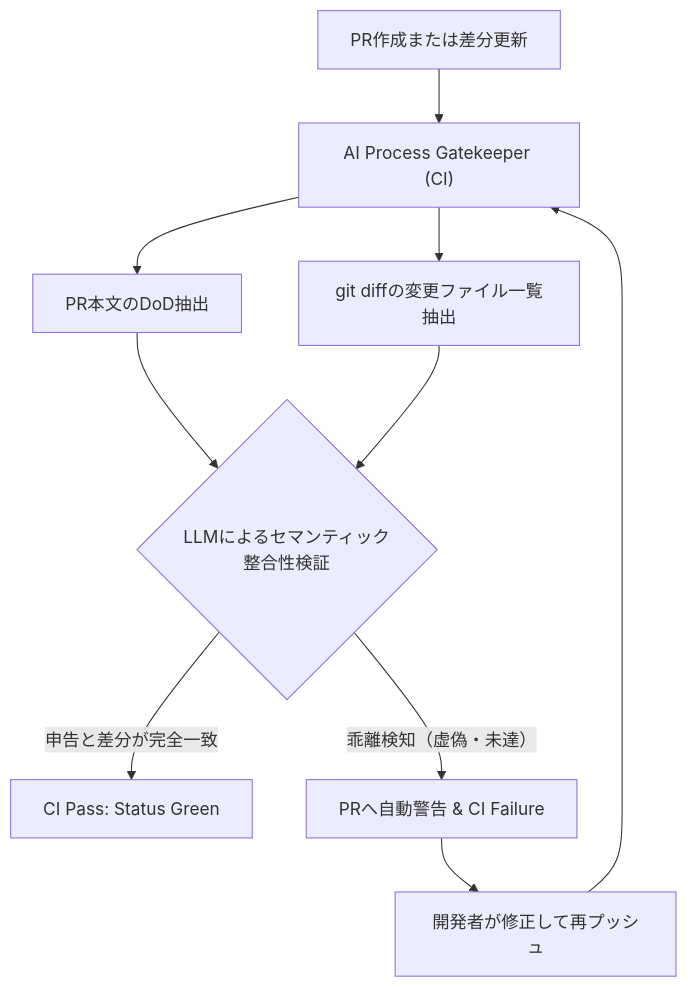
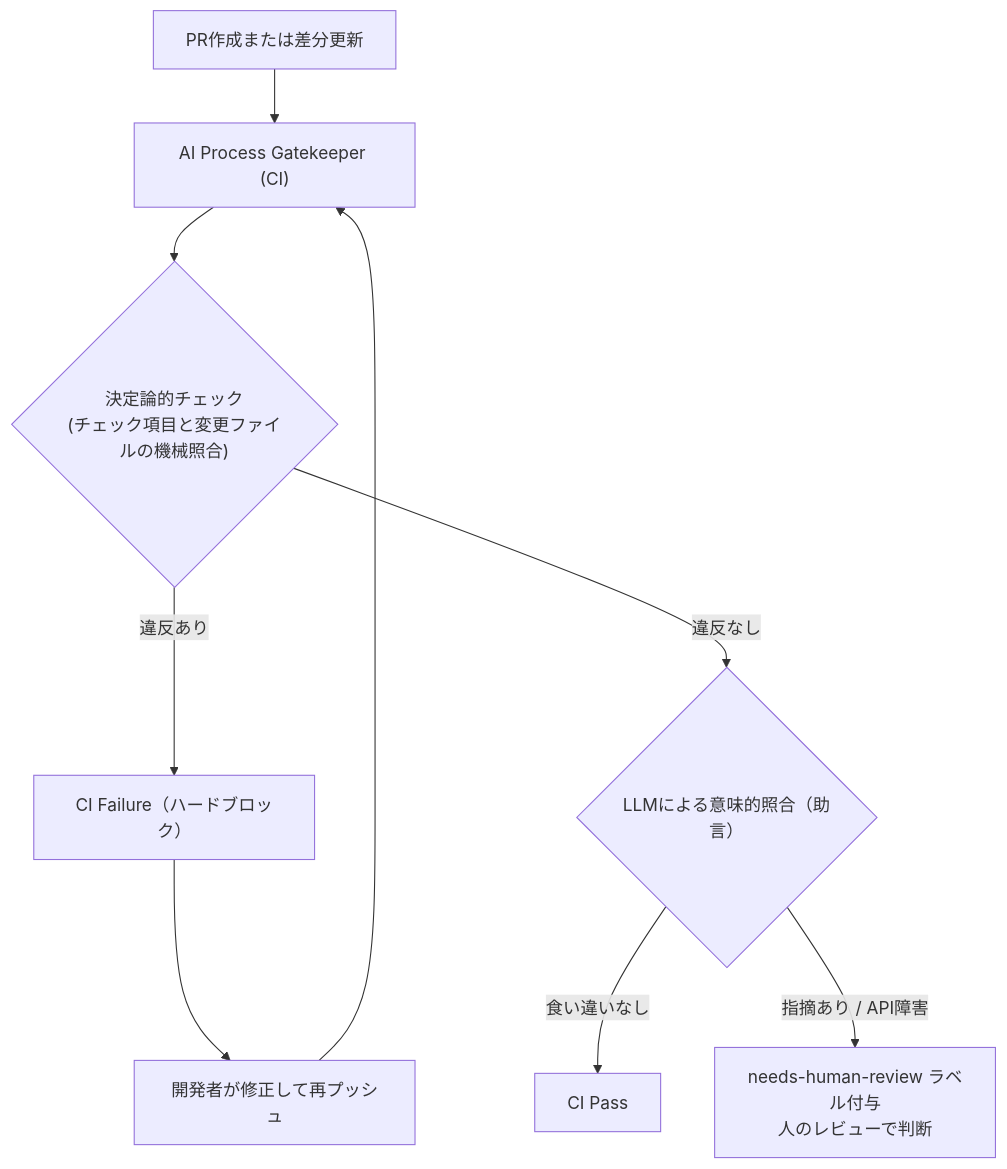
The third of 4 diagrams in manuscript/12_chapter12.md (AnaharaYasuo/product-quality-management-book), drawn with Mermaid before and after one commit. The commit also changed other lines of this file and 20 other files, not shown here.

````diff
--- a/manuscript/12_chapter12.md
+++ b/manuscript/12_chapter12.md
@@ -258,12 +260,13 @@
 ```mermaid
 flowchart TD
     A["PR作成または差分更新"] --> B["AI Process Gatekeeper (CI)"]
-    B --> C["PR本文のDoD抽出"]
-    B --> D["git diffの変更ファイル一覧抽出"]
-    C --> E{"LLMによるセマンティック整合性検証"}
-    D --> E
-    E -->|"申告と差分が完全一致"| F["CI Pass: Status Green"]
-    E -->|"乖離検知（虚偽・未達）"| G["PRへ自動警告 & CI Failure"]
-    G --> H["開発者が修正して再プッシュ"]
-    H --> B
+    B --> C{"決定論的チェック
+(チェック項目と変更ファイルの機械照合)"}
+    C -->|"違反あり"| G["CI Failure（ハードブロック）"]
+    C -->|"違反なし"| E{"LLMによる意味的照合（助言）"}
+    E -->|"食い違いなし"| F["CI Pass"]
+    E -->|"指摘あり / API障害"| H["needs-human-review ラベル付与
+人のレビューで判断"]
+    G --> R["開発者が修正して再プッシュ"]
+    R --> B
 ```
````
